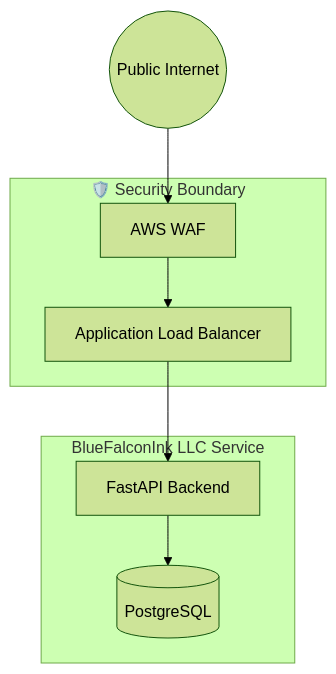
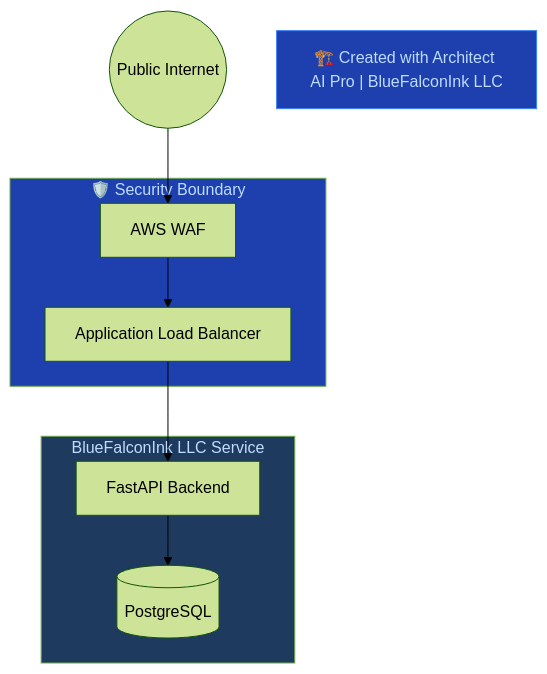
Before and after one commit to koreric75/ArchitectAIPro_GHActions: the diagram in REMEDIATION_PROMPT.md, drawn with Mermaid (forest theme). The commit also changed other lines of this file and 4 other files, not shown here.

First line of the commit message:
brand: enforce BlueFalconInk LLC + Architect AI Pro identity on all diagrams

````diff
--- a/REMEDIATION_PROMPT.md
+++ b/REMEDIATION_PROMPT.md
@@ -50,20 +53,26 @@
 ```mermaid
-%% Remediated by Architect AI Pro Foreman
-%% BlueFalconInk LLC Architecture Standard v1.0
+%% Remediated by Architect AI Pro Foreman | BlueFalconInk LLC
+%% https://architect-ai-pro-mobile-edition-484078543321.us-west1.run.app/
 
 graph TB
     subgraph Security["🛡️ Security Boundary"]
         WAF[AWS WAF]
         ALB[Application Load Balancer]
     end
 
     subgraph Application["BlueFalconInk LLC Service"]
         API[FastAPI Backend]
         DB[(PostgreSQL)]
     end
 
     Internet((Public Internet)) --> WAF
     WAF --> ALB
     ALB --> API
     API --> DB
+
+    FOOTER["🏗️ Created with Architect AI Pro | BlueFalconInk LLC"]
+
+    style Security fill:#1E40AF,color:#BFDBFE
+    style Application fill:#1E3A5F,color:#BFDBFE
+    style FOOTER fill:#1E40AF,color:#BFDBFE,stroke:#3B82F6
 ```
````
